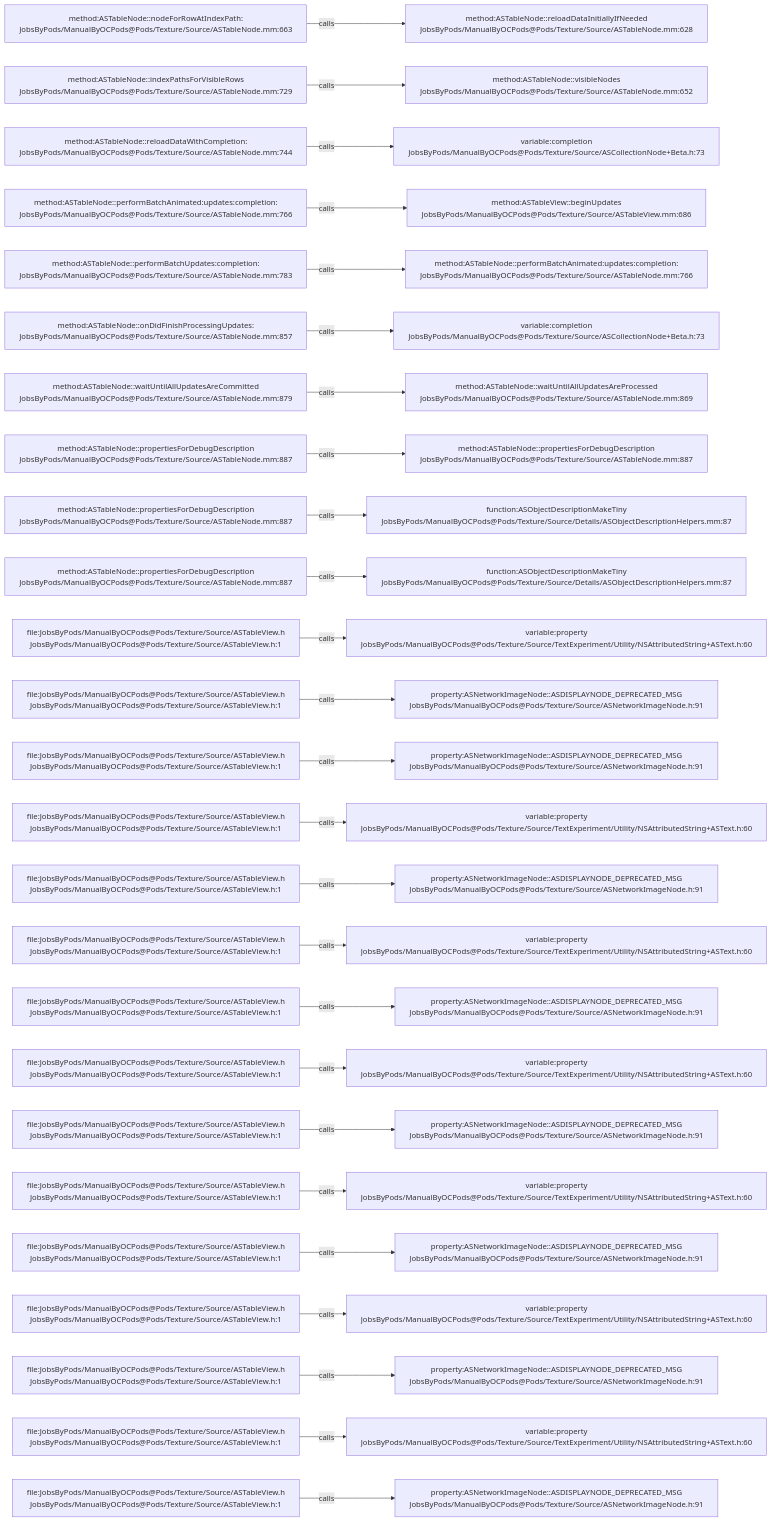
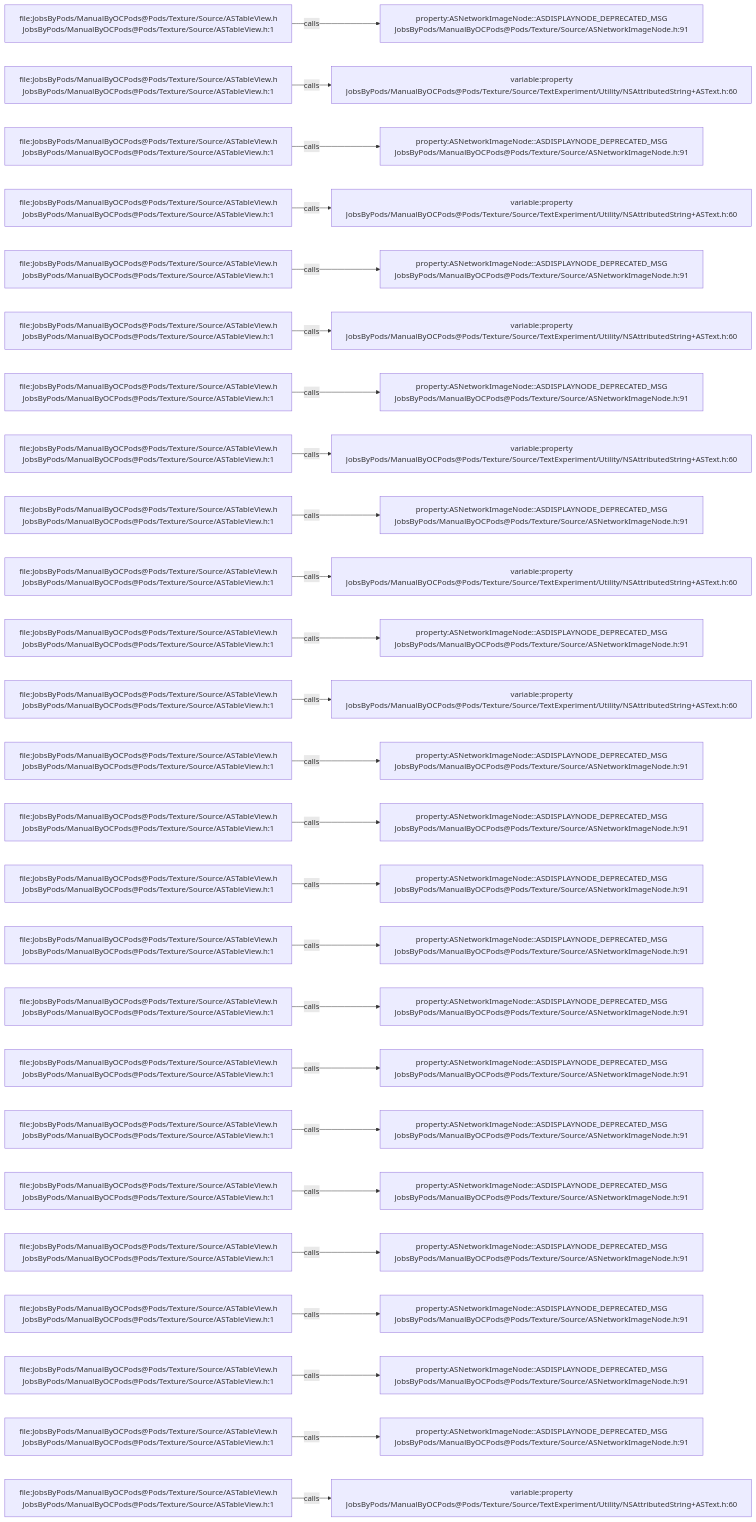
Before and after one commit to JobsKits/JobsOCBaseConfigDemo: the diagram in .codegraph/codegraph.md/graphs/calls-126.md, drawn with Mermaid. The commit also changed 296 other files, not shown here.

````diff
--- a/.codegraph/codegraph.md/graphs/calls-126.md
+++ b/.codegraph/codegraph.md/graphs/calls-126.md
@@ -13,78 +13,78 @@
 ```mermaid
 flowchart LR
-  S1["method:ASTableNode::nodeForRowAtIndexPath:<br/>JobsByPods/ManualByOCPods@Pods/Texture/Source/ASTableNode.mm:663"]
-  T1["method:ASTableNode::reloadDataInitiallyIfNeeded<br/>JobsByPods/ManualByOCPods@Pods/Texture/Source/ASTableNode.mm:628"]
+  S1["file:JobsByPods/ManualByOCPods@Pods/Texture/Source/ASTableView.h<br/>JobsByPods/ManualByOCPods@Pods/Texture/Source/ASTableView.h:1"]
+  T1["property:ASNetworkImageNode::ASDISPLAYNODE_DEPRECATED_MSG<br/>JobsByPods/ManualByOCPods@Pods/Texture/Source/ASNetworkImageNode.h:91"]
   S1 -->|calls| T1
-  S2["method:ASTableNode::indexPathsForVisibleRows<br/>JobsByPods/ManualByOCPods@Pods/Texture/Source/ASTableNode.mm:729"]
-  T2["method:ASTableNode::visibleNodes<br/>JobsByPods/ManualByOCPods@Pods/Texture/Source/ASTableNode.mm:652"]
+  S2["file:JobsByPods/ManualByOCPods@Pods/Texture/Source/ASTableView.h<br/>JobsByPods/ManualByOCPods@Pods/Texture/Source/ASTableView.h:1"]
+  T2["variable:property<br/>JobsByPods/ManualByOCPods@Pods/Texture/Source/TextExperiment/Utility/NSAttributedString+ASText.h:60"]
   S2 -->|calls| T2
-  S3["method:ASTableNode::reloadDataWithCompletion:<br/>JobsByPods/ManualByOCPods@Pods/Texture/Source/ASTableNode.mm:744"]
-  T3["variable:completion<br/>JobsByPods/ManualByOCPods@Pods/Texture/Source/ASCollectionNode+Beta.h:73"]
+  S3["file:JobsByPods/ManualByOCPods@Pods/Texture/Source/ASTableView.h<br/>JobsByPods/ManualByOCPods@Pods/Texture/Source/ASTableView.h:1"]
+  T3["property:ASNetworkImageNode::ASDISPLAYNODE_DEPRECATED_MSG<br/>JobsByPods/ManualByOCPods@Pods/Texture/Source/ASNetworkImageNode.h:91"]
   S3 -->|calls| T3
-  S4["method:ASTableNode::performBatchAnimated:updates:completion:<br/>JobsByPods/ManualByOCPods@Pods/Texture/Source/ASTableNode.mm:766"]
-  T4["method:ASTableView::beginUpdates<br/>JobsByPods/ManualByOCPods@Pods/Texture/Source/ASTableView.mm:686"]
+  S4["file:JobsByPods/ManualByOCPods@Pods/Texture/Source/ASTableView.h<br/>JobsByPods/ManualByOCPods@Pods/Texture/Source/ASTableView.h:1"]
+  T4["variable:property<br/>JobsByPods/ManualByOCPods@Pods/Texture/Source/TextExperiment/Utility/NSAttributedString+ASText.h:60"]
   S4 -->|calls| T4
-  S5["method:ASTableNode::performBatchUpdates:completion:<br/>JobsByPods/ManualByOCPods@Pods/Texture/Source/ASTableNode.mm:783"]
-  T5["method:ASTableNode::performBatchAnimated:updates:completion:<br/>JobsByPods/ManualByOCPods@Pods/Texture/Source/ASTableNode.mm:766"]
+  S5["file:JobsByPods/ManualByOCPods@Pods/Texture/Source/ASTableView.h<br/>JobsByPods/ManualByOCPods@Pods/Texture/Source/ASTableView.h:1"]
+  T5["property:ASNetworkImageNode::ASDISPLAYNODE_DEPRECATED_MSG<br/>JobsByPods/ManualByOCPods@Pods/Texture/Source/ASNetworkImageNode.h:91"]
   S5 -->|calls| T5
-  S6["method:ASTableNode::onDidFinishProcessingUpdates:<br/>JobsByPods/ManualByOCPods@Pods/Texture/Source/ASTableNode.mm:857"]
-  T6["variable:completion<br/>JobsByPods/ManualByOCPods@Pods/Texture/Source/ASCollectionNode+Beta.h:73"]
+  S6["file:JobsByPods/ManualByOCPods@Pods/Texture/Source/ASTableView.h<br/>JobsByPods/ManualByOCPods@Pods/Texture/Source/ASTableView.h:1"]
+  T6["variable:property<br/>JobsByPods/ManualByOCPods@Pods/Texture/Source/TextExperiment/Utility/NSAttributedString+ASText.h:60"]
   S6 -->|calls| T6
-  S7["method:ASTableNode::waitUntilAllUpdatesAreCommitted<br/>JobsByPods/ManualByOCPods@Pods/Texture/Source/ASTableNode.mm:879"]
-  T7["method:ASTableNode::waitUntilAllUpdatesAreProcessed<br/>JobsByPods/ManualByOCPods@Pods/Texture/Source/ASTableNode.mm:869"]
+  S7["file:JobsByPods/ManualByOCPods@Pods/Texture/Source/ASTableView.h<br/>JobsByPods/ManualByOCPods@Pods/Texture/Source/ASTableView.h:1"]
+  T7["property:ASNetworkImageNode::ASDISPLAYNODE_DEPRECATED_MSG<br/>JobsByPods/ManualByOCPods@Pods/Texture/Source/ASNetworkImageNode.h:91"]
   S7 -->|calls| T7
-  S8["method:ASTableNode::propertiesForDebugDescription<br/>JobsByPods/ManualByOCPods@Pods/Texture/Source/ASTableNode.mm:887"]
-  T8["method:ASTableNode::propertiesForDebugDescription<br/>JobsByPods/ManualByOCPods@Pods/Texture/Source/ASTableNode.mm:887"]
+  S8["file:JobsByPods/ManualByOCPods@Pods/Texture/Source/ASTableView.h<br/>JobsByPods/ManualByOCPods@Pods/Texture/Source/ASTableView.h:1"]
+  T8["variable:property<br/>JobsByPods/ManualByOCPods@Pods/Texture/Source/TextExperiment/Utility/NSAttributedString+ASText.h:60"]
   S8 -->|calls| T8
-  S9["method:ASTableNode::propertiesForDebugDescription<br/>JobsByPods/ManualByOCPods@Pods/Texture/Source/ASTableNode.mm:887"]
-  T9["function:ASObjectDescriptionMakeTiny<br/>JobsByPods/ManualByOCPods@Pods/Texture/Source/Details/ASObjectDescriptionHelpers.mm:87"]
+  S9["file:JobsByPods/ManualByOCPods@Pods/Texture/Source/ASTableView.h<br/>JobsByPods/ManualByOCPods@Pods/Texture/Source/ASTableView.h:1"]
+  T9["property:ASNetworkImageNode::ASDISPLAYNODE_DEPRECATED_MSG<br/>JobsByPods/ManualByOCPods@Pods/Texture/Source/ASNetworkImageNode.h:91"]
   S9 -->|calls| T9
-  S10["method:ASTableNode::propertiesForDebugDescription<br/>JobsByPods/ManualByOCPods@Pods/Texture/Source/ASTableNode.mm:887"]
-  T10["function:ASObjectDescriptionMakeTiny<br/>JobsByPods/ManualByOCPods@Pods/Texture/Source/Details/ASObjectDescriptionHelpers.mm:87"]
+  S10["file:JobsByPods/ManualByOCPods@Pods/Texture/Source/ASTableView.h<br/>JobsByPods/ManualByOCPods@Pods/Texture/Source/ASTableView.h:1"]
+  T10["variable:property<br/>JobsByPods/ManualByOCPods@Pods/Texture/Source/TextExperiment/Utility/NSAttributedString+ASText.h:60"]
   S10 -->|calls| T10
   S11["file:JobsByPods/ManualByOCPods@Pods/Texture/Source/ASTableView.h<br/>JobsByPods/ManualByOCPods@Pods/Texture/Source/ASTableView.h:1"]
-  T11["variable:property<br/>JobsByPods/ManualByOCPods@Pods/Texture/Source/TextExperiment/Utility/NSAttributedString+ASText.h:60"]
+  T11["property:ASNetworkImageNode::ASDISPLAYNODE_DEPRECATED_MSG<br/>JobsByPods/ManualByOCPods@Pods/Texture/Source/ASNetworkImageNode.h:91"]
   S11 -->|calls| T11
   S12["file:JobsByPods/ManualByOCPods@Pods/Texture/Source/ASTableView.h<br/>JobsByPods/ManualByOCPods@Pods/Texture/Source/ASTableView.h:1"]
-  T12["property:ASNetworkImageNode::ASDISPLAYNODE_DEPRECATED_MSG<br/>JobsByPods/ManualByOCPods@Pods/Texture/Source/ASNetworkImageNode.h:91"]
+  T12["variable:property<br/>JobsByPods/ManualByOCPods@Pods/Texture/Source/TextExperiment/Utility/NSAttributedString+ASText.h:60"]
   S12 -->|calls| T12
   S13["file:JobsByPods/ManualByOCPods@Pods/Texture/Source/ASTableView.h<br/>JobsByPods/ManualByOCPods@Pods/Texture/Source/ASTableView.h:1"]
   T13["property:ASNetworkImageNode::ASDISPLAYNODE_DEPRECATED_MSG<br/>JobsByPods/ManualByOCPods@Pods/Texture/Source/ASNetworkImageNode.h:91"]
   S13 -->|calls| T13
   S14["file:JobsByPods/ManualByOCPods@Pods/Texture/Source/ASTableView.h<br/>JobsByPods/ManualByOCPods@Pods/Texture/Source/ASTableView.h:1"]
-  T14["variable:property<br/>JobsByPods/ManualByOCPods@Pods/Texture/Source/TextExperiment/Utility/NSAttributedString+ASText.h:60"]
+  T14["property:ASNetworkImageNode::ASDISPLAYNODE_DEPRECATED_MSG<br/>JobsByPods/ManualByOCPods@Pods/Texture/Source/ASNetworkImageNode.h:91"]
   S14 -->|calls| T14
   S15["file:JobsByPods/ManualByOCPods@Pods/Texture/Source/ASTableView.h<br/>JobsByPods/ManualByOCPods@Pods/Texture/Source/ASTableView.h:1"]
   T15["property:ASNetworkImageNode::ASDISPLAYNODE_DEPRECATED_MSG<br/>JobsByPods/ManualByOCPods@Pods/Texture/Source/ASNetworkImageNode.h:91"]
   S15 -->|calls| T15
   S16["file:JobsByPods/ManualByOCPods@Pods/Texture/Source/ASTableView.h<br/>JobsByPods/ManualByOCPods@Pods/Texture/Source/ASTableView.h:1"]
-  T16["variable:property<br/>JobsByPods/ManualByOCPods@Pods/Texture/Source/TextExperiment/Utility/NSAttributedString+ASText.h:60"]
+  T16["property:ASNetworkImageNode::ASDISPLAYNODE_DEPRECATED_MSG<br/>JobsByPods/ManualByOCPods@Pods/Texture/Source/ASNetworkImageNode.h:91"]
   S16 -->|calls| T16
   S17["file:JobsByPods/ManualByOCPods@Pods/Texture/Source/ASTableView.h<br/>JobsByPods/ManualByOCPods@Pods/Texture/Source/ASTableView.h:1"]
   T17["property:ASNetworkImageNode::ASDISPLAYNODE_DEPRECATED_MSG<br/>JobsByPods/ManualByOCPods@Pods/Texture/Source/ASNetworkImageNode.h:91"]
   S17 -->|calls| T17
   S18["file:JobsByPods/ManualByOCPods@Pods/Texture/Source/ASTableView.h<br/>JobsByPods/ManualByOCPods@Pods/Texture/Source/ASTableView.h:1"]
-  T18["variable:property<br/>JobsByPods/ManualByOCPods@Pods/Texture/Source/TextExperiment/Utility/NSAttributedString+ASText.h:60"]
+  T18["property:ASNetworkImageNode::ASDISPLAYNODE_DEPRECATED_MSG<br/>JobsByPods/ManualByOCPods@Pods/Texture/Source/ASNetworkImageNode.h:91"]
   S18 -->|calls| T18
   S19["file:JobsByPods/ManualByOCPods@Pods/Texture/Source/ASTableView.h<br/>JobsByPods/ManualByOCPods@Pods/Texture/Source/ASTableView.h:1"]
   T19["property:ASNetworkImageNode::ASDISPLAYNODE_DEPRECATED_MSG<br/>JobsByPods/ManualByOCPods@Pods/Texture/Source/ASNetworkImageNode.h:91"]
   S19 -->|calls| T19
   S20["file:JobsByPods/ManualByOCPods@Pods/Texture/Source/ASTableView.h<br/>JobsByPods/ManualByOCPods@Pods/Texture/Source/ASTableView.h:1"]
-  T20["variable:property<br/>JobsByPods/ManualByOCPods@Pods/Texture/Source/TextExperiment/Utility/NSAttributedString+ASText.h:60"]
+  T20["property:ASNetworkImageNode::ASDISPLAYNODE_DEPRECATED_MSG<br/>JobsByPods/ManualByOCPods@Pods/Texture/Source/ASNetworkImageNode.h:91"]
   S20 -->|calls| T20
   S21["file:JobsByPods/ManualByOCPods@Pods/Texture/Source/ASTableView.h<br/>JobsByPods/ManualByOCPods@Pods/Texture/Source/ASTableView.h:1"]
   T21["property:ASNetworkImageNode::ASDISPLAYNODE_DEPRECATED_MSG<br/>JobsByPods/ManualByOCPods@Pods/Texture/Source/ASNetworkImageNode.h:91"]
   S21 -->|calls| T21
   S22["file:JobsByPods/ManualByOCPods@Pods/Texture/Source/ASTableView.h<br/>JobsByPods/ManualByOCPods@Pods/Texture/Source/ASTableView.h:1"]
-  T22["variable:property<br/>JobsByPods/ManualByOCPods@Pods/Texture/Source/TextExperiment/Utility/NSAttributedString+ASText.h:60"]
+  T22["property:ASNetworkImageNode::ASDISPLAYNODE_DEPRECATED_MSG<br/>JobsByPods/ManualByOCPods@Pods/Texture/Source/ASNetworkImageNode.h:91"]
   S22 -->|calls| T22
   S23["file:JobsByPods/ManualByOCPods@Pods/Texture/Source/ASTableView.h<br/>JobsByPods/ManualByOCPods@Pods/Texture/Source/ASTableView.h:1"]
   T23["property:ASNetworkImageNode::ASDISPLAYNODE_DEPRECATED_MSG<br/>JobsByPods/ManualByOCPods@Pods/Texture/Source/ASNetworkImageNode.h:91"]
   S23 -->|calls| T23
   S24["file:JobsByPods/ManualByOCPods@Pods/Texture/Source/ASTableView.h<br/>JobsByPods/ManualByOCPods@Pods/Texture/Source/ASTableView.h:1"]
-  T24["variable:property<br/>JobsByPods/ManualByOCPods@Pods/Texture/Source/TextExperiment/Utility/NSAttributedString+ASText.h:60"]
+  T24["property:ASNetworkImageNode::ASDISPLAYNODE_DEPRECATED_MSG<br/>JobsByPods/ManualByOCPods@Pods/Texture/Source/ASNetworkImageNode.h:91"]
   S24 -->|calls| T24
   S25["file:JobsByPods/ManualByOCPods@Pods/Texture/Source/ASTableView.h<br/>JobsByPods/ManualByOCPods@Pods/Texture/Source/ASTableView.h:1"]
-  T25["property:ASNetworkImageNode::ASDISPLAYNODE_DEPRECATED_MSG<br/>JobsByPods/ManualByOCPods@Pods/Texture/Source/ASNetworkImageNode.h:91"]
+  T25["variable:property<br/>JobsByPods/ManualByOCPods@Pods/Texture/Source/TextExperiment/Utility/NSAttributedString+ASText.h:60"]
   S25 -->|calls| T25
 ```
````
